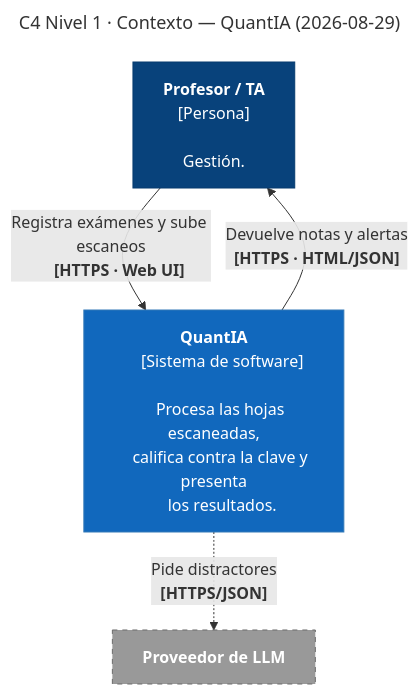
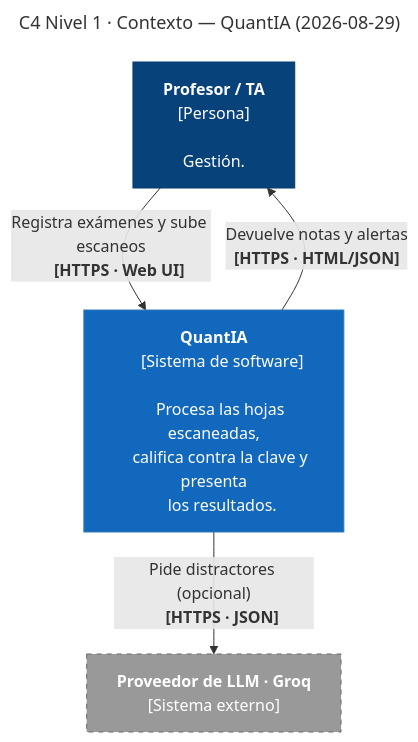
The first of 4 diagrams in docs/c4/doc-c4.md (ISCOUTB/AS_202620_Sistema-de-calificacion-automatica), drawn with Mermaid before and after one commit. The commit also changed other lines of this file, not shown here.

First line of the commit message:
confirmar el proveedor de LLM como sistema externo construido

````diff
--- a/docs/c4/doc-c4.md
+++ b/docs/c4/doc-c4.md
@@ -28,35 +28,35 @@
 ```mermaid
 ---
 title: "C4 Nivel 1 · Contexto — QuantIA (2026-08-29)"
 ---
 flowchart TB
     profesor["<b>Profesor / TA</b>
     [Persona]
 
     Gestión."]
 
     sistema["<b>QuantIA</b>
     [Sistema de software]
 
     Procesa las hojas escaneadas,
     califica contra la clave y presenta
     los resultados."]
 
-    llm["<b>Proveedor de LLM</b>
-    "]
+    llm["<b>Proveedor de LLM · Groq</b>
+    [Sistema externo]"]
 
     profesor -->|"Registra exámenes y sube escaneos
     <b>[HTTPS · Web UI]</b>"| sistema
     sistema -->|"Devuelve notas y alertas
     <b>[HTTPS · HTML/JSON]</b>"| profesor
-    sistema -.->|"Pide distractores
-    <b>[HTTPS/JSON]</b>"| llm
+    sistema -->|"Pide distractores (opcional)
+    <b>[HTTPS · JSON]</b>"| llm
 
     classDef person fill:#08427B,stroke:#073B6F,color:#ffffff
     classDef system fill:#1168BD,stroke:#3379B7,color:#ffffff
     classDef external fill:#999999,stroke:#6B6B6B,color:#ffffff,stroke-dasharray: 5 5
 
     class profesor person
     class sistema system
     class llm external
 ```
````
